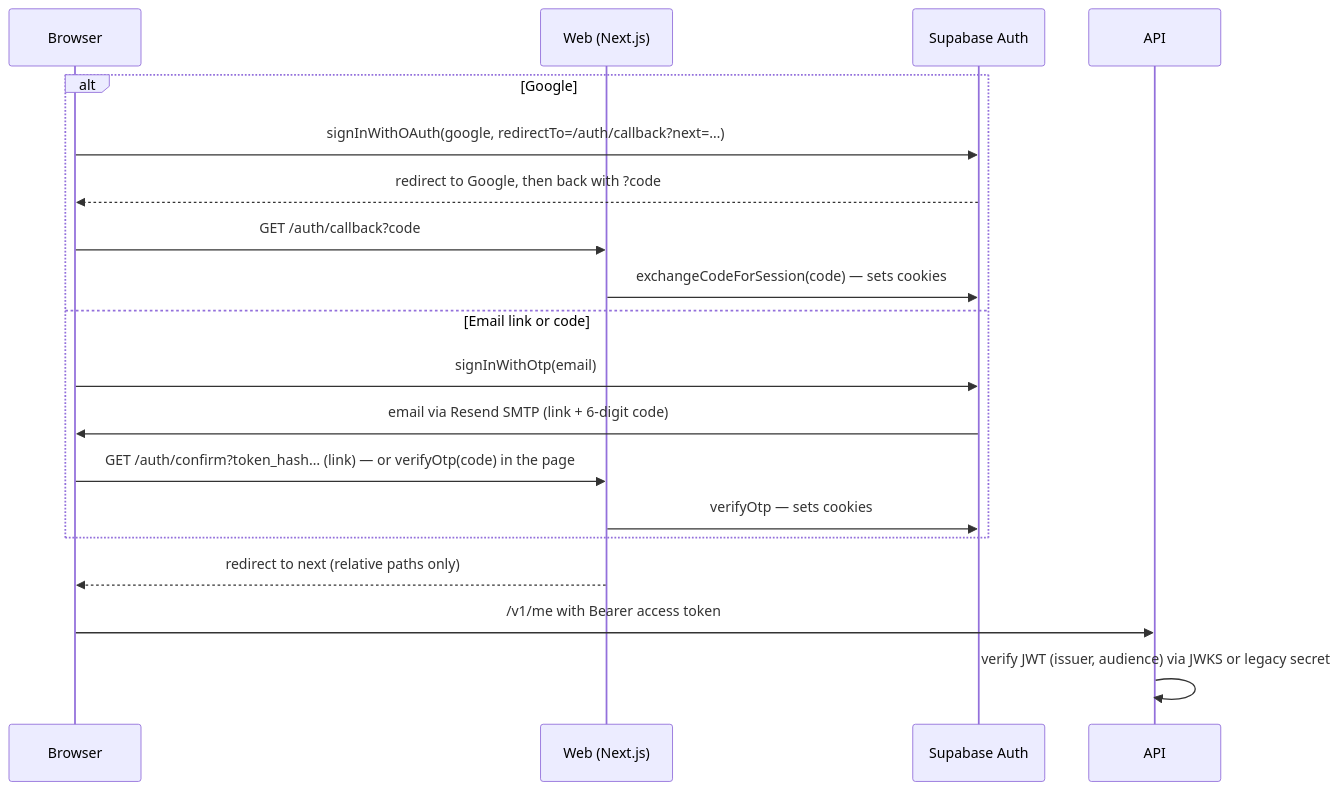
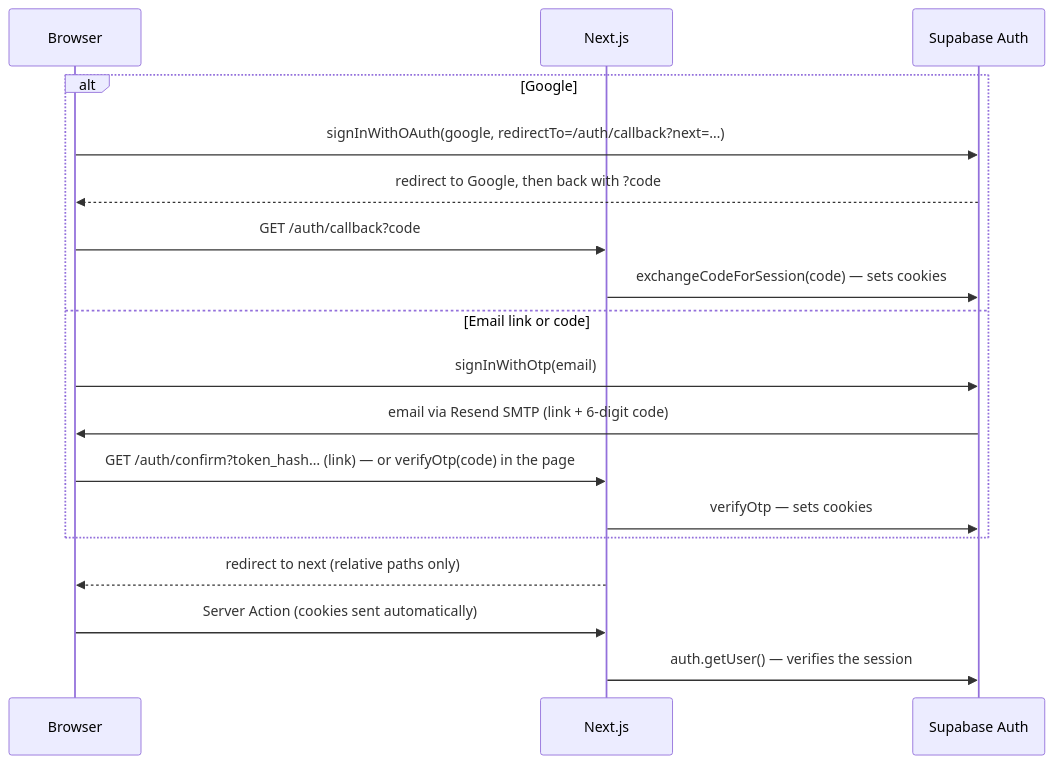
The third of 3 diagrams in docs/ARCHITECTURE.md (richardsotolongo/awebound), drawn with Mermaid before and after one commit. The commit also changed other lines of this file and 9 other files, not shown here.

````diff
--- a/docs/ARCHITECTURE.md
+++ b/docs/ARCHITECTURE.md
@@ -117,22 +97,21 @@
 ```mermaid
 sequenceDiagram
   participant B as Browser
-  participant W as Web (Next.js)
+  participant W as Next.js
   participant S as Supabase Auth
-  participant A as API
 
   alt Google
     B->>S: signInWithOAuth(google, redirectTo=/auth/callback?next=…)
     S-->>B: redirect to Google, then back with ?code
     B->>W: GET /auth/callback?code
     W->>S: exchangeCodeForSession(code) — sets cookies
   else Email link or code
     B->>S: signInWithOtp(email)
     S->>B: email via Resend SMTP (link + 6-digit code)
     B->>W: GET /auth/confirm?token_hash… (link) — or verifyOtp(code) in the page
     W->>S: verifyOtp — sets cookies
   end
   W-->>B: redirect to next (relative paths only)
-  B->>A: /v1/me with Bearer access token
-  A->>A: verify JWT (issuer, audience) via JWKS or legacy secret
+  B->>W: Server Action (cookies sent automatically)
+  W->>S: auth.getUser() — verifies the session
 ```
````
